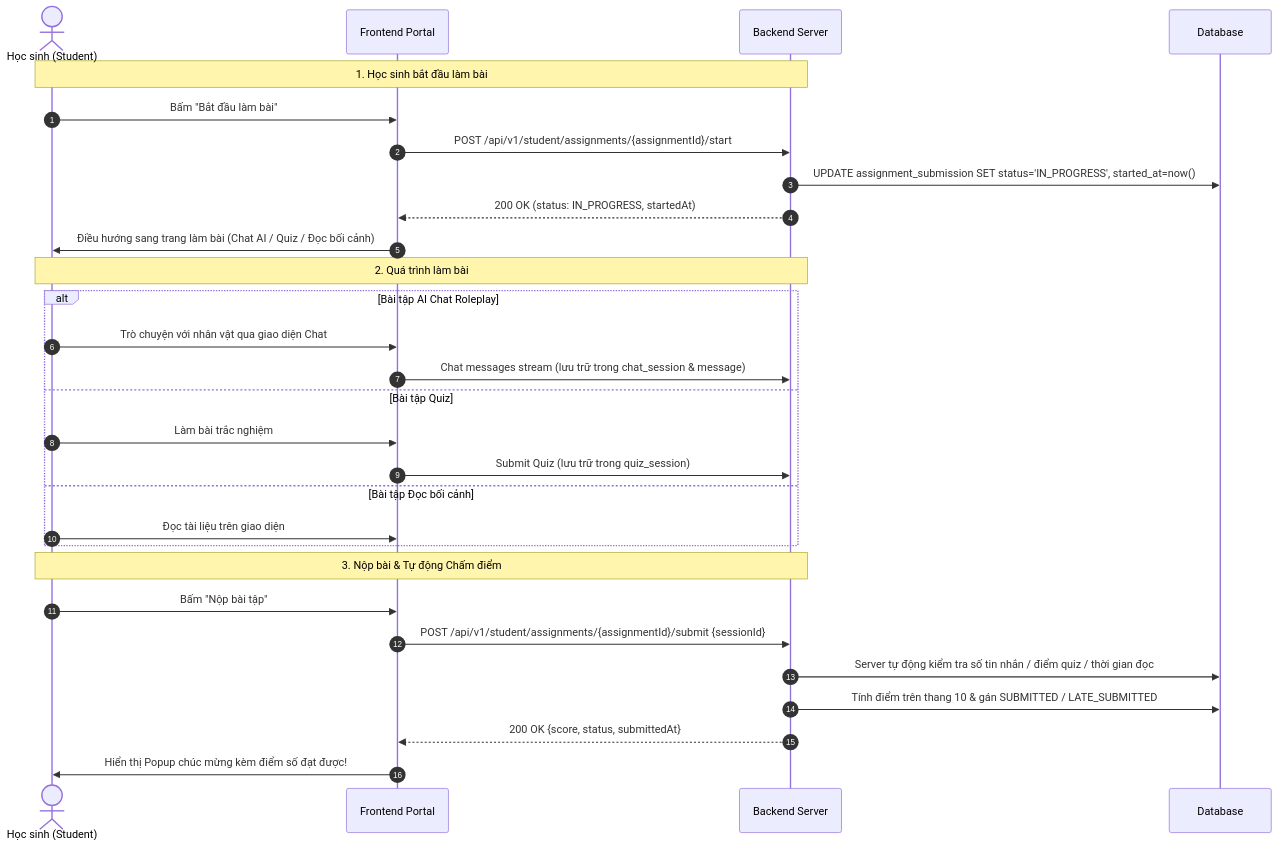
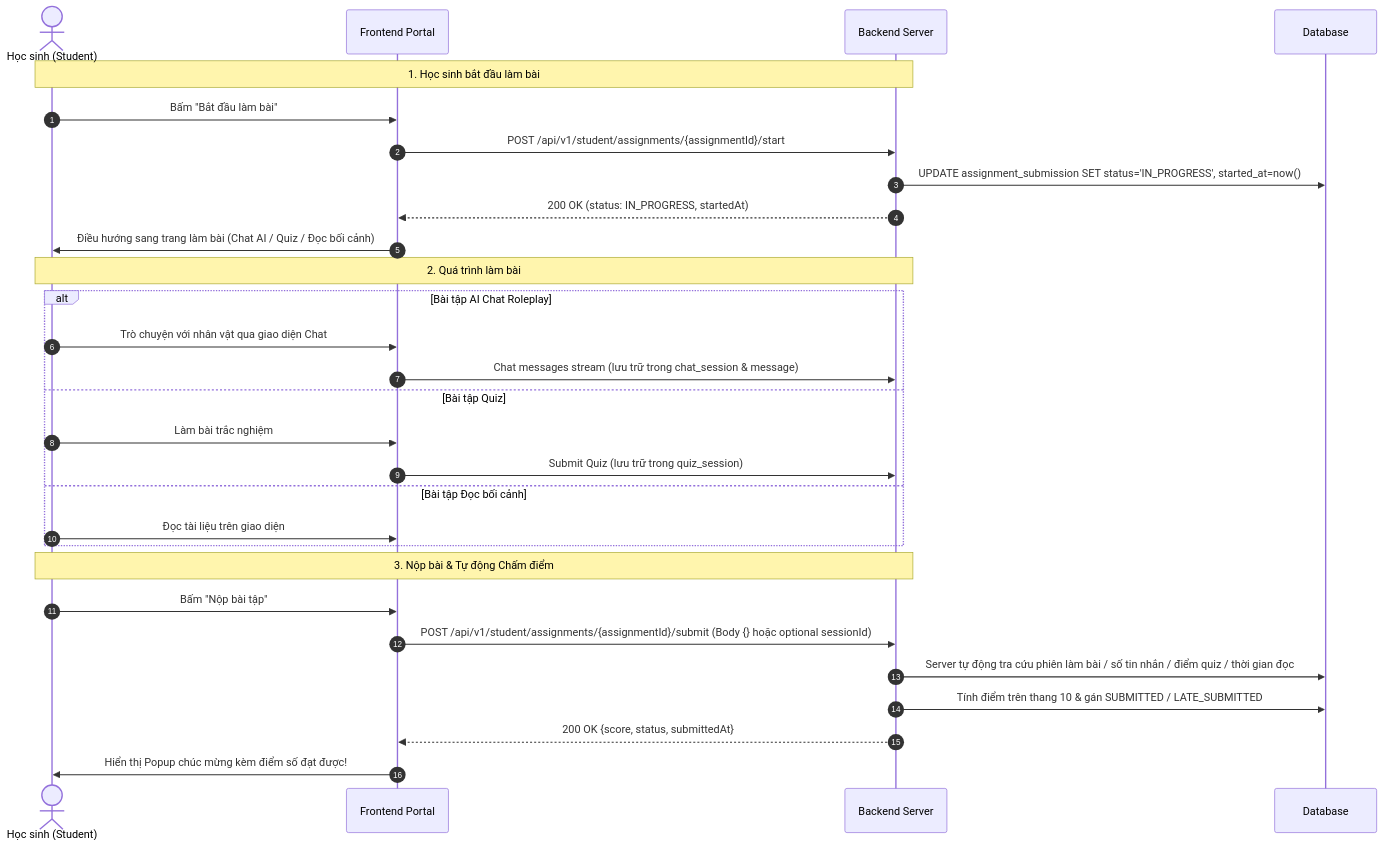
One commit to DinhTQSE/Capstone_FinalProject_HistoryTalk changed the diagram in docs/sprints/sprint_6/fe_contracts/assignment_management_and_submission_api_contract.md. Above: the diagram before and after it, drawn with Mermaid. The commit also changed other lines of this file and 16 other files, not shown here.

````diff
--- a/docs/sprints/sprint_6/fe_contracts/assignment_management_and_submission_api_contract.md
+++ b/docs/sprints/sprint_6/fe_contracts/assignment_management_and_submission_api_contract.md
@@ -555,34 +559,34 @@
 ```mermaid
 sequenceDiagram
     autonumber
     actor S as Học sinh (Student)
     participant FE as Frontend Portal
     participant BE as Backend Server
     participant DB as Database
 
     Note over S, BE: 1. Học sinh bắt đầu làm bài
     S->>FE: Bấm "Bắt đầu làm bài"
     FE->>BE: POST /api/v1/student/assignments/{assignmentId}/start
     BE->>DB: UPDATE assignment_submission SET status='IN_PROGRESS', started_at=now()
     BE-->>FE: 200 OK (status: IN_PROGRESS, startedAt)
     FE->>S: Điều hướng sang trang làm bài (Chat AI / Quiz / Đọc bối cảnh)
 
     Note over S, BE: 2. Quá trình làm bài
     alt Bài tập AI Chat Roleplay
         S->>FE: Trò chuyện với nhân vật qua giao diện Chat
         FE->>BE: Chat messages stream (lưu trữ trong chat_session & message)
     else Bài tập Quiz
         S->>FE: Làm bài trắc nghiệm
         FE->>BE: Submit Quiz (lưu trữ trong quiz_session)
     else Bài tập Đọc bối cảnh
         S->>FE: Đọc tài liệu trên giao diện
     end
 
     Note over S, BE: 3. Nộp bài & Tự động Chấm điểm
     S->>FE: Bấm "Nộp bài tập"
-    FE->>BE: POST /api/v1/student/assignments/{assignmentId}/submit {sessionId}
-    BE->>DB: Server tự động kiểm tra số tin nhắn / điểm quiz / thời gian đọc
+    FE->>BE: POST /api/v1/student/assignments/{assignmentId}/submit (Body {} hoặc optional sessionId)
+    BE->>DB: Server tự động tra cứu phiên làm bài / số tin nhắn / điểm quiz / thời gian đọc
     BE->>DB: Tính điểm trên thang 10 & gán SUBMITTED / LATE_SUBMITTED
     BE-->>FE: 200 OK {score, status, submittedAt}
     FE->>S: Hiển thị Popup chúc mừng kèm điểm số đạt được!
 ```
````
